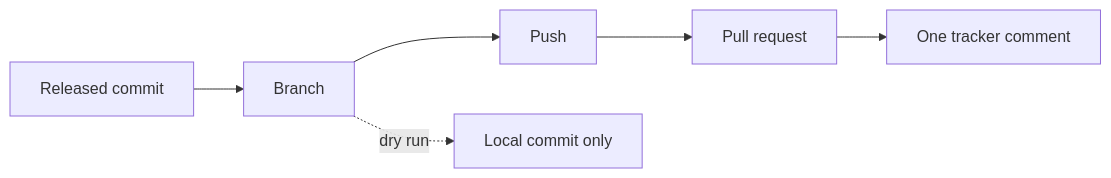
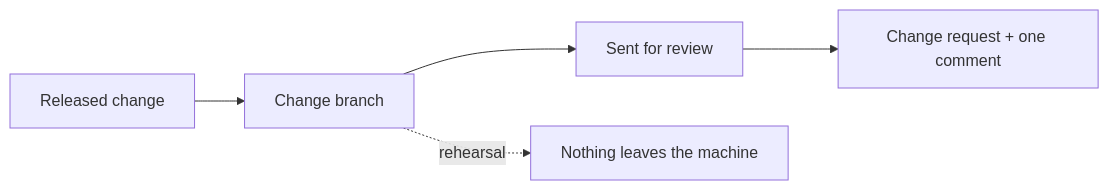
Before and after one commit to michaelatamuk/openjiuwen-works: the tenth of 11 diagrams in docs/guides/how-a-fix-flows.md, drawn with Mermaid. The commit also changed other lines of this file and 47 other files, not shown here.

````diff
--- a/docs/guides/how-a-fix-flows.md
+++ b/docs/guides/how-a-fix-flows.md
@@ -187,8 +182,7 @@
 ```mermaid
 flowchart LR
-    R[Released commit] --> B[Branch]
-    B --> P[Push]
-    P --> PR[Pull request]
-    PR --> T[One tracker comment]
-    B -.->|dry run| L[Local commit only]
+    R[Released change] --> B[Change branch]
+    B --> P[Sent for review]
+    P --> PR[Change request + one comment]
+    B -.->|rehearsal| L[Nothing leaves the machine]
 ```
````
